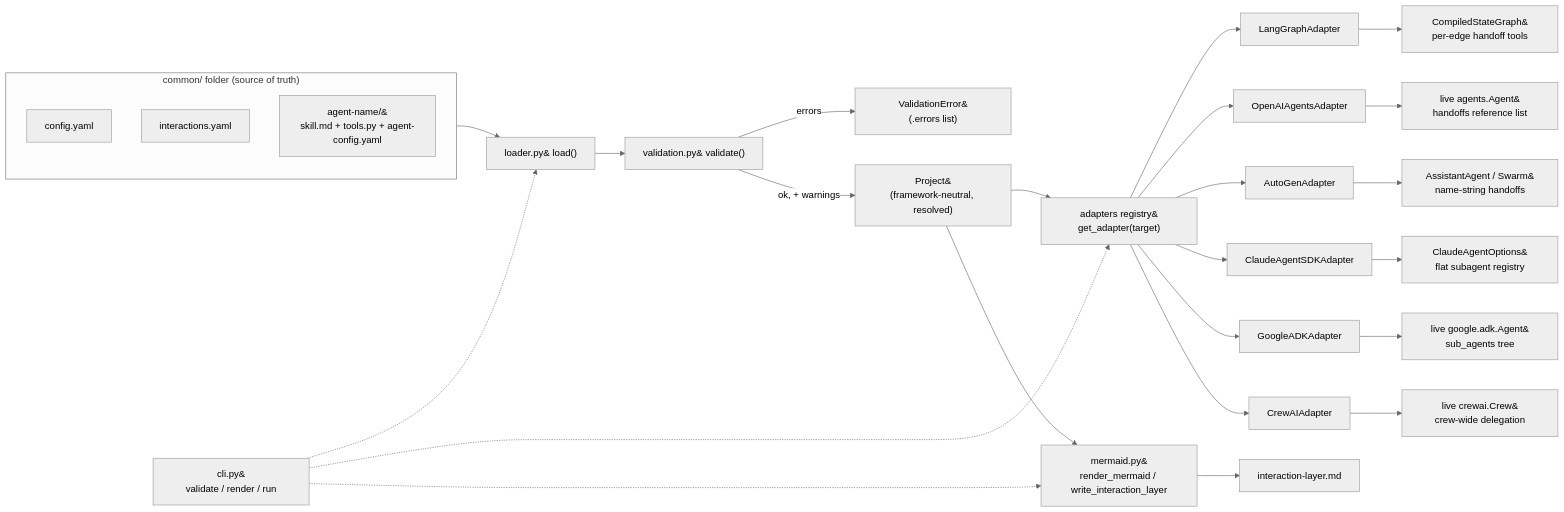
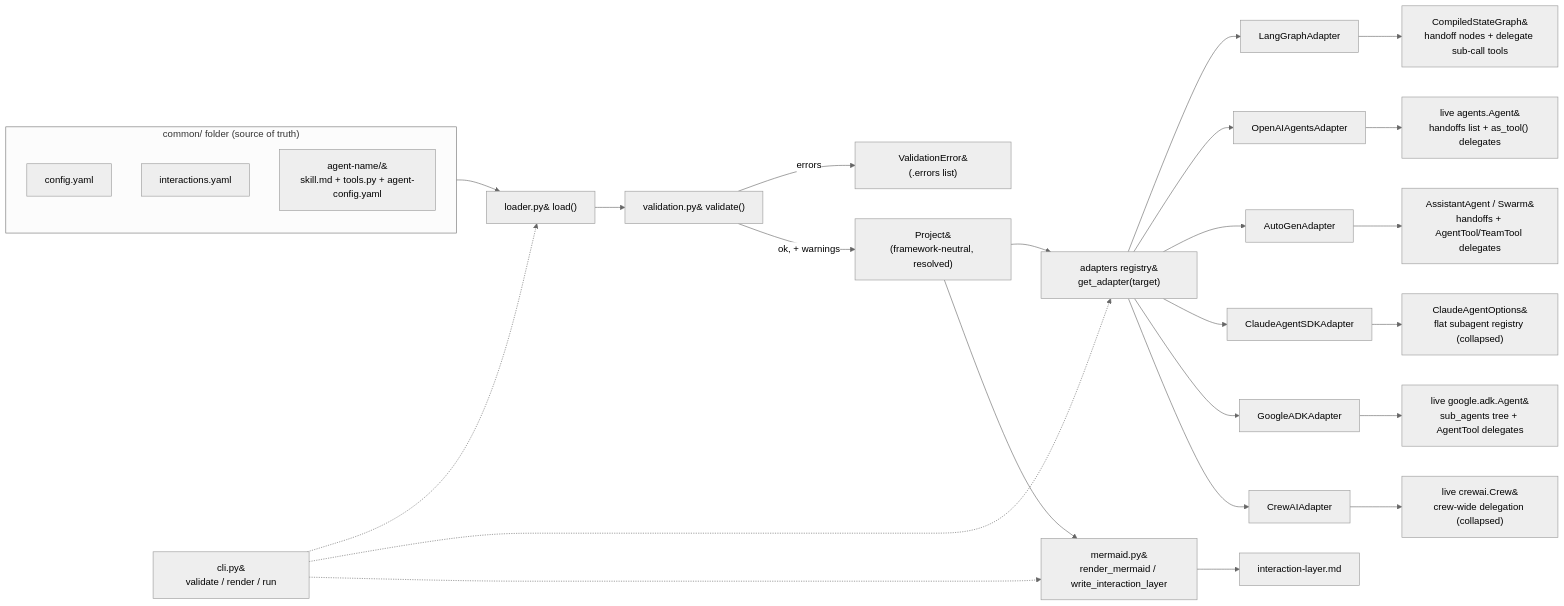
One commit to Mehul-Gupta-SMH/CommonADK changed the diagram in docs/HLD.md. Above: the diagram before and after it, drawn with Mermaid (neutral theme). The commit also changed other lines of this file and 15 other files, not shown here.

````diff
--- a/docs/HLD.md
+++ b/docs/HLD.md
@@ -36,34 +36,34 @@
 ```mermaid
 flowchart LR
     subgraph SRC["common/ folder (source of truth)"]
         CFG[config.yaml]
         INT[interactions.yaml]
         AGT["agent-name/&#10;skill.md + tools.py + agent-config.yaml"]
     end
 
     SRC --> LOADER["loader.py&#10;load()"]
     LOADER --> VALID["validation.py&#10;validate()"]
     VALID -->|errors| FAIL["ValidationError&#10;(.errors list)"]
     VALID -->|ok, + warnings| MODEL["Project&#10;(framework-neutral, resolved)"]
 
     MODEL --> REG["adapters registry&#10;get_adapter(target)"]
     REG --> LG[LangGraphAdapter]
     REG --> OA[OpenAIAgentsAdapter]
     REG --> AG[AutoGenAdapter]
     REG --> CA[ClaudeAgentSDKAdapter]
     REG --> GA[GoogleADKAdapter]
     REG --> CR[CrewAIAdapter]
-    LG --> LGLIVE["CompiledStateGraph&#10;per-edge handoff tools"]
-    OA --> OLIVE["live agents.Agent&#10;handoffs reference list"]
-    AG --> AGLIVE["AssistantAgent / Swarm&#10;name-string handoffs"]
-    CA --> CALIVE["ClaudeAgentOptions&#10;flat subagent registry"]
-    GA --> GLIVE["live google.adk.Agent&#10;sub_agents tree"]
-    CR --> CRLIVE["live crewai.Crew&#10;crew-wide delegation"]
+    LG --> LGLIVE["CompiledStateGraph&#10;handoff nodes + delegate sub-call tools"]
+    OA --> OLIVE["live agents.Agent&#10;handoffs list + as_tool() delegates"]
+    AG --> AGLIVE["AssistantAgent / Swarm&#10;handoffs + AgentTool/TeamTool delegates"]
+    CA --> CALIVE["ClaudeAgentOptions&#10;flat subagent registry (collapsed)"]
+    GA --> GLIVE["live google.adk.Agent&#10;sub_agents tree + AgentTool delegates"]
+    CR --> CRLIVE["live crewai.Crew&#10;crew-wide delegation (collapsed)"]
 
     MODEL --> MER["mermaid.py&#10;render_mermaid / write_interaction_layer"]
     MER --> IL[interaction-layer.md]
 
     CLI["cli.py&#10;validate / render / run"] -.-> LOADER
     CLI -.-> REG
     CLI -.-> MER
 ```
````
